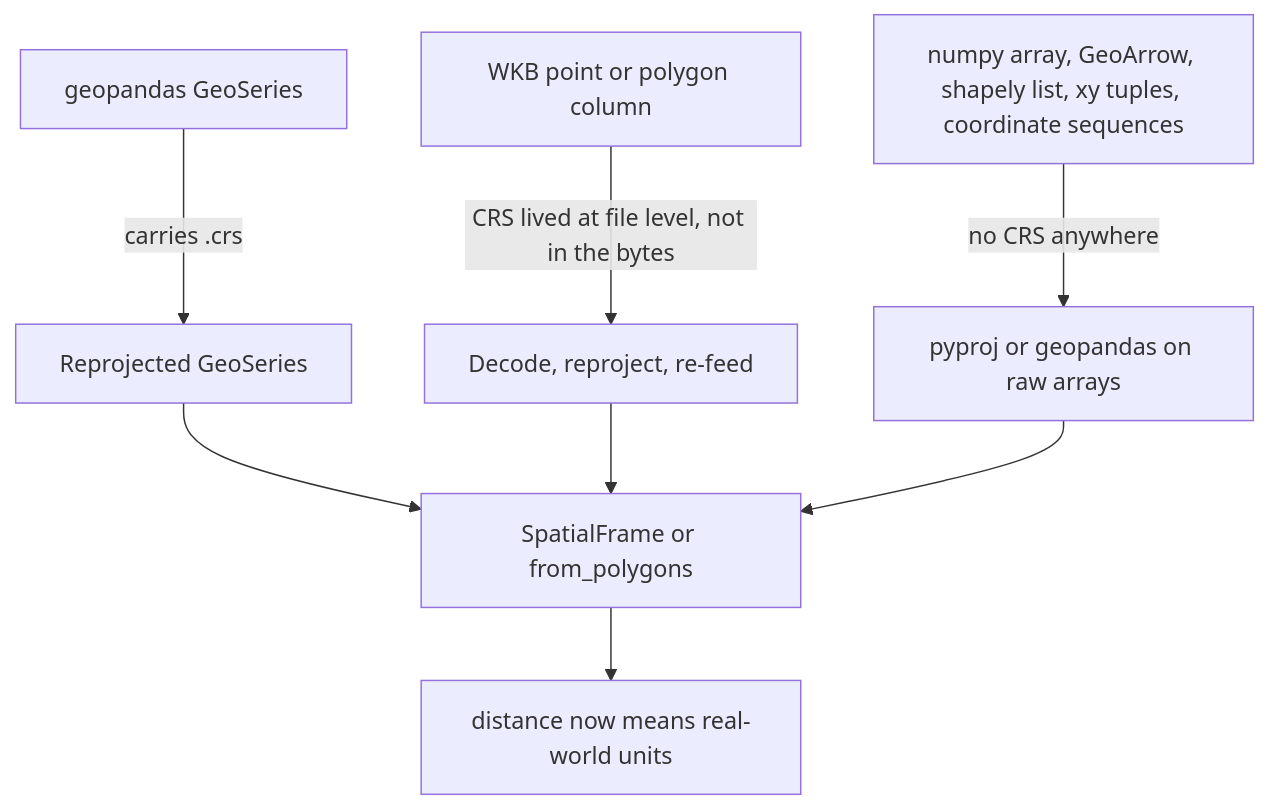
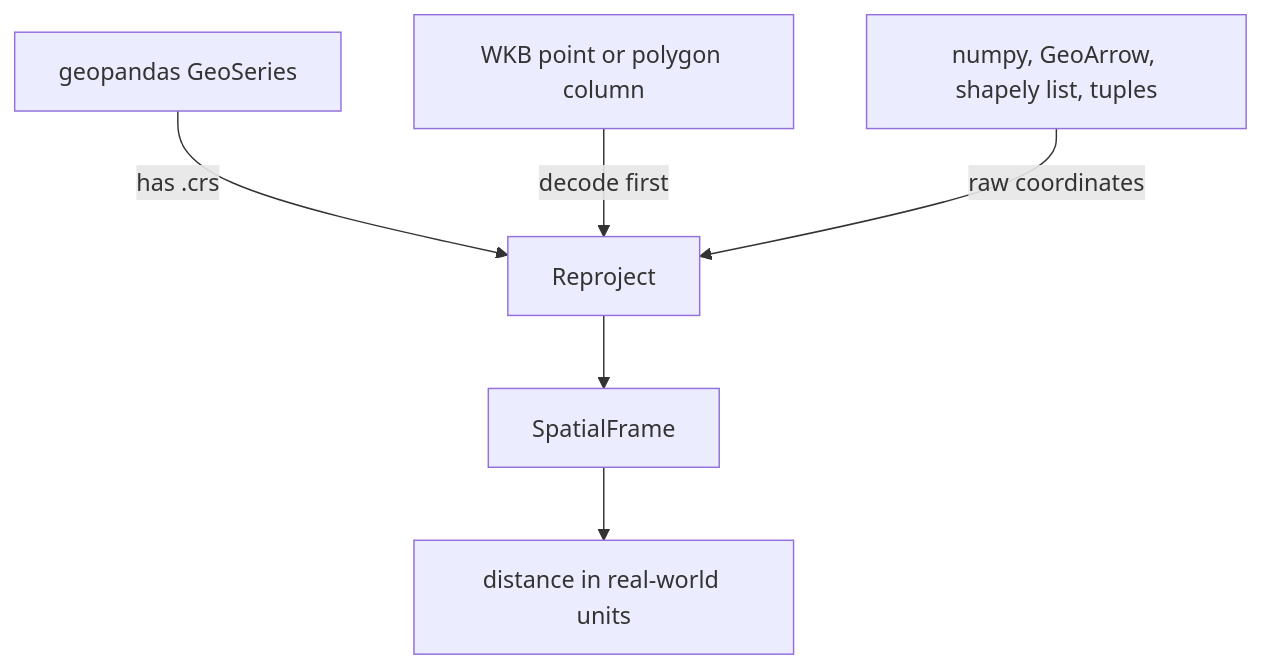
One commit to pranav-walimbe/PyCanopy changed the diagram in docs/api/distance-operations.md. Above: the diagram before and after it, drawn with Mermaid. The commit also changed other lines of this file and 2 other files, not shown here.

Commit message:
refine docs

````diff
--- a/docs/api/distance-operations.md
+++ b/docs/api/distance-operations.md
@@ -32,10 +30,8 @@
 ```mermaid
 flowchart TD
-    A[geopandas GeoSeries] -->|carries .crs| D[Reprojected GeoSeries]
-    B[WKB point or polygon column] -->|CRS lived at file level, not in the bytes| E[Decode, reproject, re-feed]
-    C[numpy array, GeoArrow, shapely list, xy tuples, coordinate sequences] -->|no CRS anywhere| F[pyproj or geopandas on raw arrays]
-    D --> G[SpatialFrame or from_polygons]
-    E --> G
-    F --> G
-    G --> H[distance now means real-world units]
+    A[geopandas GeoSeries] -->|has .crs| R[Reproject]
+    B[WKB point or polygon column] -->|decode first| R
+    C[numpy, GeoArrow, shapely list, tuples] -->|raw coordinates| R
+    R --> S[SpatialFrame]
+    S --> D[distance in real-world units]
 ```
````
